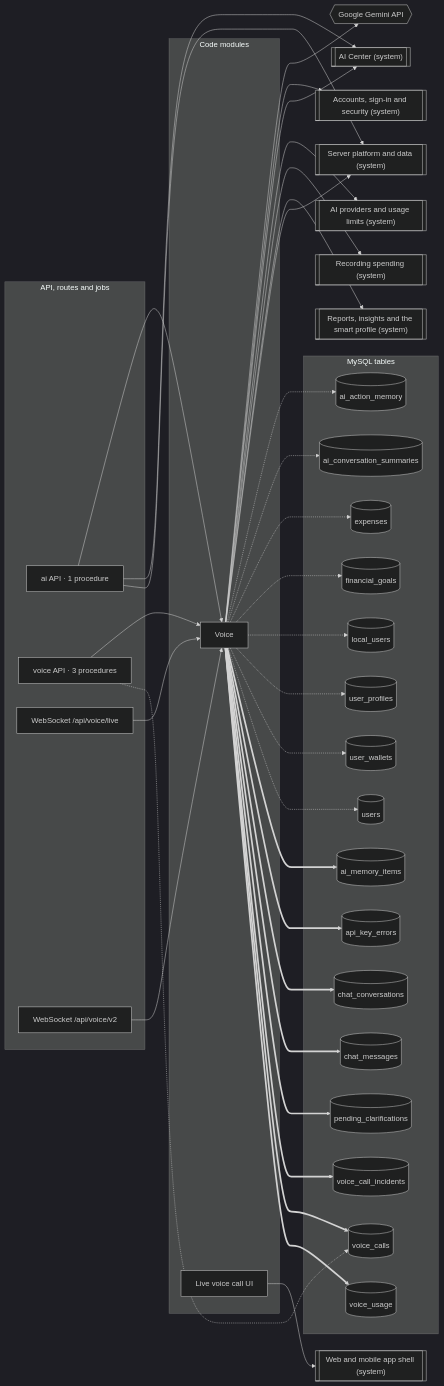
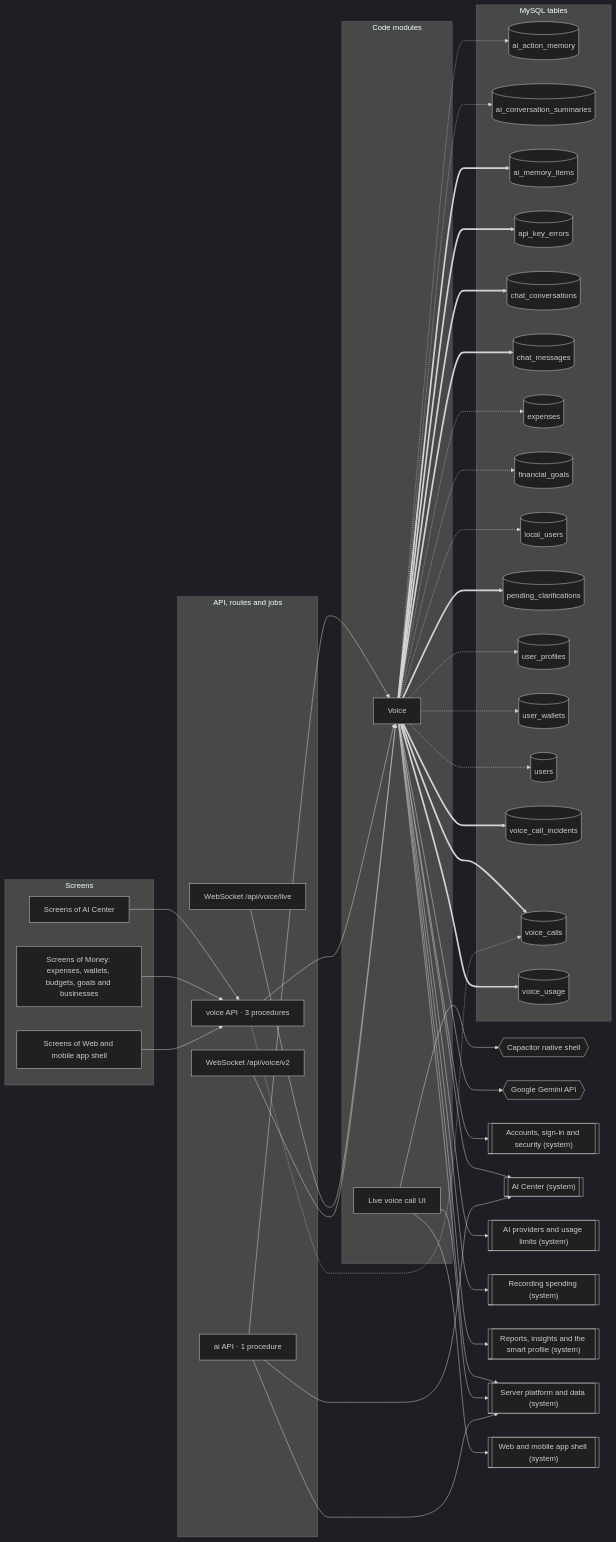
One commit to mahmoudtaherr111/smartspend_mini_all changed the diagram in docs/atlas/systems/voice-calls.md. Above: the diagram before and after it, drawn with Mermaid (dark theme). The commit also changed other lines of this file and 57 other files, not shown here.

First line of the commit message:
feat(voice): the rebuilt call in the app, on every page

````diff
--- a/docs/atlas/systems/voice-calls.md
+++ b/docs/atlas/systems/voice-calls.md
@@ -13,70 +13,81 @@
 ```mermaid
 flowchart LR
+  subgraph g_screens["Screens"]
+    screens_ai_center["Screens of AI Center"]
+    screens_money["Screens of Money: expenses, wallets, budgets, goals and businesses"]
+    screens_web_app["Screens of Web and mobile app shell"]
+  end
   subgraph g_api["API, routes and jobs"]
     router_ai["ai API · 1 procedure"]
     router_voice["voice API · 3 procedures"]
     ws__api_voice_live["WebSocket /api/voice/live"]
     ws__api_voice_v2["WebSocket /api/voice/v2"]
   end
   subgraph g_modules["Code modules"]
     mod_voice["Voice"]
     mod_web_voice_call["Live voice call UI"]
   end
   subgraph g_tables["MySQL tables"]
     tbl_ai_action_memory[("ai_action_memory")]
     tbl_ai_conversation_summaries[("ai_conversation_summaries")]
     tbl_ai_memory_items[("ai_memory_items")]
     tbl_api_key_errors[("api_key_errors")]
     tbl_chat_conversations[("chat_conversations")]
     tbl_chat_messages[("chat_messages")]
     tbl_expenses[("expenses")]
     tbl_financial_goals[("financial_goals")]
     tbl_local_users[("local_users")]
     tbl_pending_clarifications[("pending_clarifications")]
     tbl_user_profiles[("user_profiles")]
     tbl_user_wallets[("user_wallets")]
     tbl_users[("users")]
     tbl_voice_call_incidents[("voice_call_incidents")]
     tbl_voice_calls[("voice_calls")]
     tbl_voice_usage[("voice_usage")]
   end
+  ext_capacitor{{"Capacitor native shell"}}
   ext_gemini{{"Google Gemini API"}}
   sys_accounts[["Accounts, sign-in and security (system)"]]
   sys_ai_center[["AI Center (system)"]]
   sys_ai_platform[["AI providers and usage limits (system)"]]
   sys_expense_capture[["Recording spending (system)"]]
   sys_insights[["Reports, insights and the smart profile (system)"]]
   sys_platform[["Server platform and data (system)"]]
   sys_web_app[["Web and mobile app shell (system)"]]
   mod_voice --> ext_gemini
   mod_voice --> sys_accounts
   mod_voice --> sys_ai_center
   mod_voice --> sys_ai_platform
   mod_voice --> sys_expense_capture
   mod_voice --> sys_insights
   mod_voice --> sys_platform
   mod_voice -.-> tbl_ai_action_memory
   mod_voice -.-> tbl_ai_conversation_summaries
   mod_voice -.-> tbl_expenses
   mod_voice -.-> tbl_financial_goals
   mod_voice -.-> tbl_local_users
   mod_voice -.-> tbl_user_profiles
   mod_voice -.-> tbl_user_wallets
   mod_voice -.-> tbl_users
   mod_voice ==> tbl_ai_memory_items
   mod_voice ==> tbl_api_key_errors
   mod_voice ==> tbl_chat_conversations
   mod_voice ==> tbl_chat_messages
   mod_voice ==> tbl_pending_clarifications
   mod_voice ==> tbl_voice_call_incidents
   mod_voice ==> tbl_voice_calls
   mod_voice ==> tbl_voice_usage
+  mod_web_voice_call --> ext_capacitor
+  mod_web_voice_call --> sys_platform
   mod_web_voice_call --> sys_web_app
   router_ai --> mod_voice
   router_ai --> sys_ai_center
   router_ai --> sys_platform
   router_voice --> mod_voice
   router_voice -.-> tbl_voice_calls
+  screens_ai_center --> router_voice
+  screens_money --> router_voice
+  screens_web_app --> router_voice
   ws__api_voice_live --> mod_voice
   ws__api_voice_v2 --> mod_voice
 ```
````
